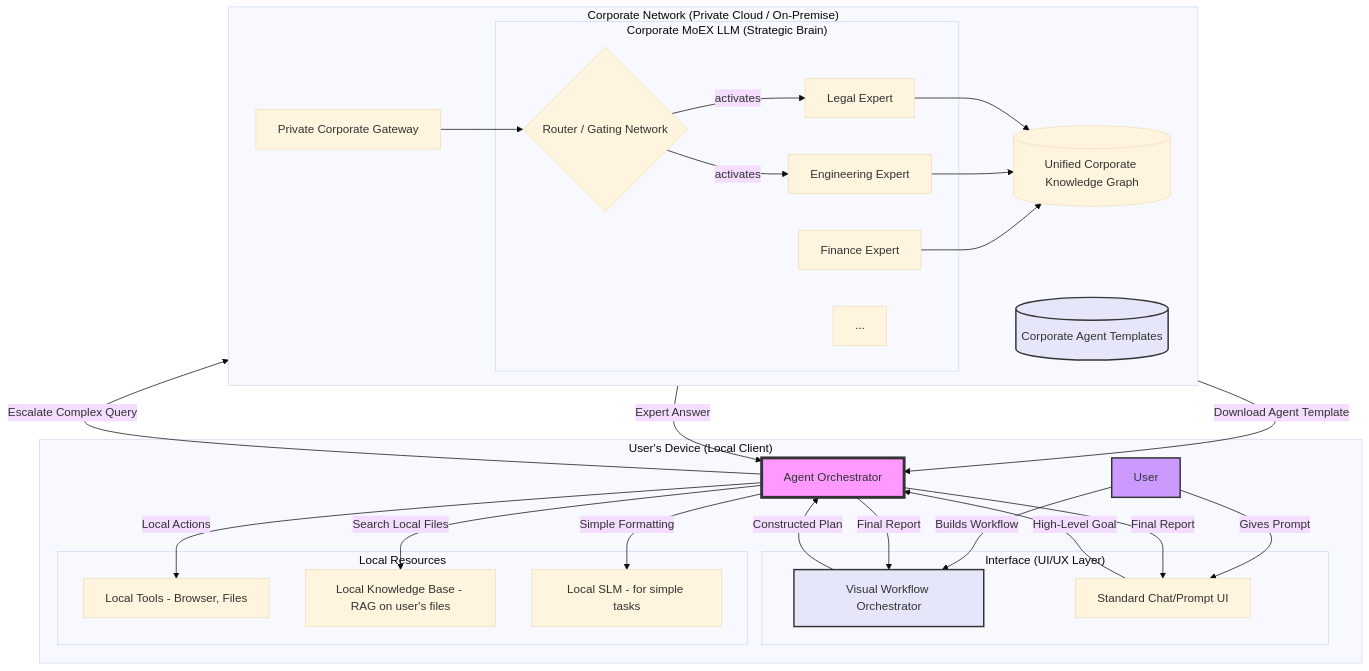
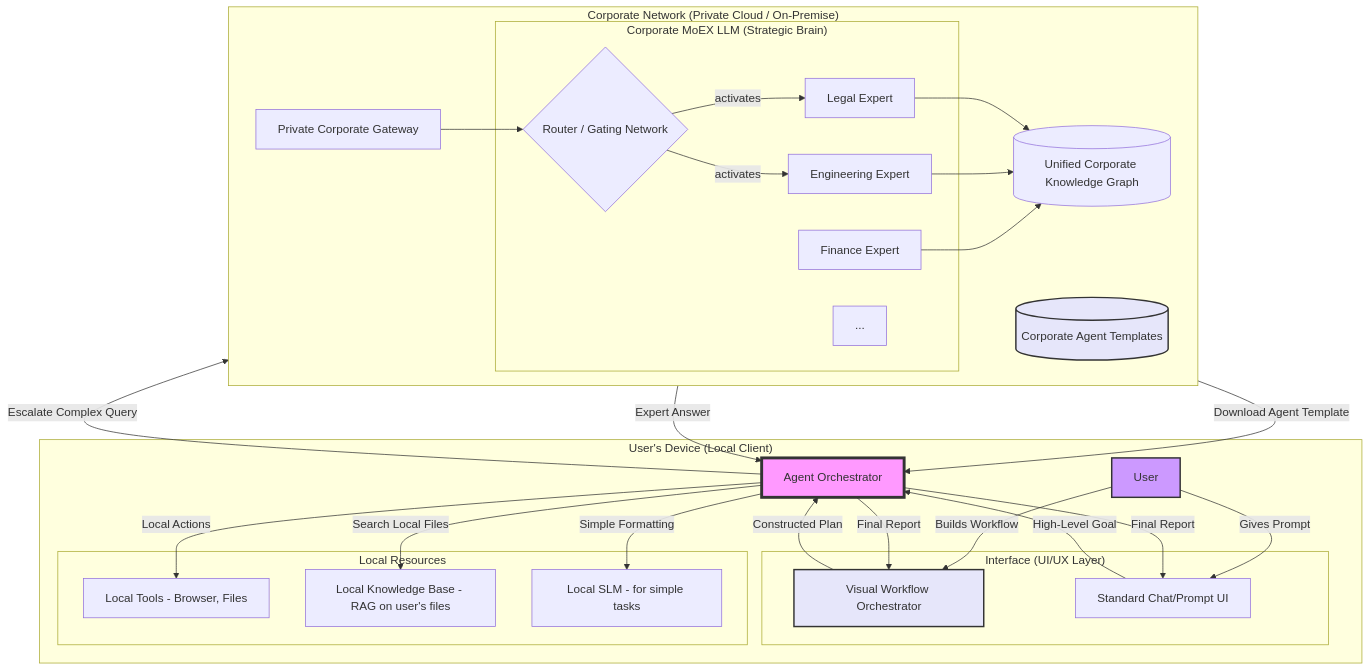
The second of 2 diagrams in membria/client.md (actiquest-dev/actiquest.github.io), drawn with Mermaid before and after one commit.

````diff
--- a/membria/client.md
+++ b/membria/client.md
@@ -506,58 +506,53 @@
 ```mermaid
----
-config:
-  layout: fixed
-  theme: base
----
 flowchart TD
  subgraph subGraph0["Corporate MoEX LLM (Strategic Brain)"]
         Router{"Router / Gating Network"}
         Expert_Legal["Legal Expert"]
         Expert_Eng["Engineering Expert"]
         Expert_Finance["Finance Expert"]
         Expert_Etc["..."]
   end
  subgraph subGraph1["Corporate Network (Private Cloud / On-Premise)"]
     direction LR
         Templates[("Corporate Agent Templates")]
         Gateway["Private Corporate Gateway"]
         subGraph0
         CKG[("Unified Corporate Knowledge Graph")]
   end
  subgraph subGraph2["Interface (UI/UX Layer)"]
         VWO["Visual Workflow Orchestrator"]
         Chat["Standard Chat/Prompt UI"]
   end
  subgraph subGraph3["Local Resources"]
         LocalTools["Local Tools - Browser, Files"]
         LocalRAG@{ label: "Local Knowledge Base - RAG on user's files" }
         LocalSLM["Local SLM - for simple tasks"]
   end
  subgraph subGraph4["User's Device (Local Client)"]
         User["User"]
         subGraph2
         Orchestrator["Agent Orchestrator"]
         subGraph3
   end
     Router -- activates --> Expert_Legal & Expert_Eng
     Gateway --> Router
     Expert_Legal --> CKG
     Expert_Eng --> CKG
     Expert_Finance --> CKG
     User -- Builds Workflow --> VWO
     User -- Gives Prompt --> Chat
     VWO -- Constructed Plan --> Orchestrator
     Chat -- "High-Level Goal" --> Orchestrator
     Orchestrator -- Local Actions --> LocalTools
     Orchestrator -- Search Local Files --> LocalRAG
     Orchestrator -- Simple Formatting --> LocalSLM
     Templates -- Download Agent Template --> Orchestrator
     Orchestrator -- Escalate Complex Query --> Gateway
     Gateway -- Expert Answer --> Orchestrator
     Orchestrator -- Final Report --> VWO & Chat
     LocalRAG@{ shape: rect}
     style Templates fill:#e6e6fa,stroke:#333,stroke-width:2px
     style VWO fill:#e6e6fa,stroke:#333,stroke-width:2px
     style User fill:#c9f,stroke:#333,stroke-width:2px
     style Orchestrator fill:#f9f,stroke:#333,stroke-width:4px
 ```
````
